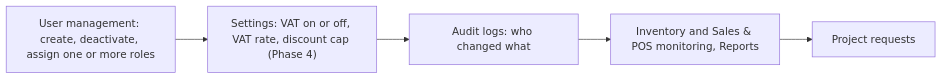
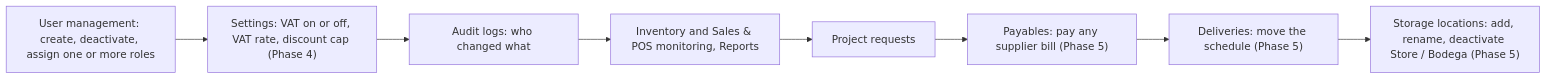
Before and after one commit to ziminni/qb_hardwarestore: the fifth of 6 diagrams in docs/ROLE-FLOWS.md, drawn with Mermaid. The commit also changed other lines of this file and 144 other files, not shown here.

````diff
--- a/docs/ROLE-FLOWS.md
+++ b/docs/ROLE-FLOWS.md
@@ -94,7 +103,10 @@
 ```mermaid
 flowchart LR
   U[User management: create, deactivate, assign one or more roles] --> SET["Settings: VAT on or off, VAT rate, discount cap (Phase 4)"]
   SET --> AUD[Audit logs: who changed what]
   AUD --> MON[Inventory and Sales & POS monitoring, Reports]
   MON --> PRQ[Project requests]
+  PRQ --> PAR["Payables: pay any supplier bill (Phase 5)"]
+  PAR --> DLV["Deliveries: move the schedule (Phase 5)"]
+  DLV --> SLOC["Storage locations: add, rename, deactivate Store / Bodega (Phase 5)"]
 ```
````
